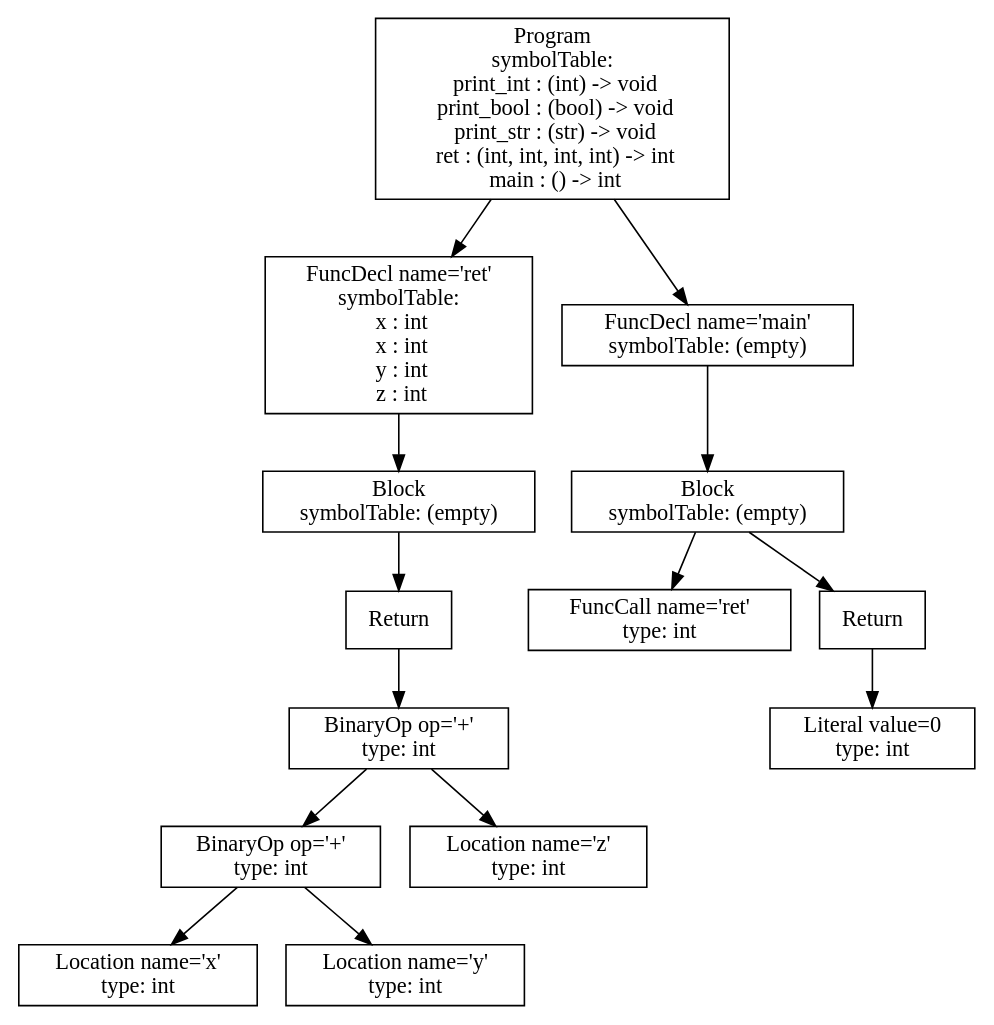
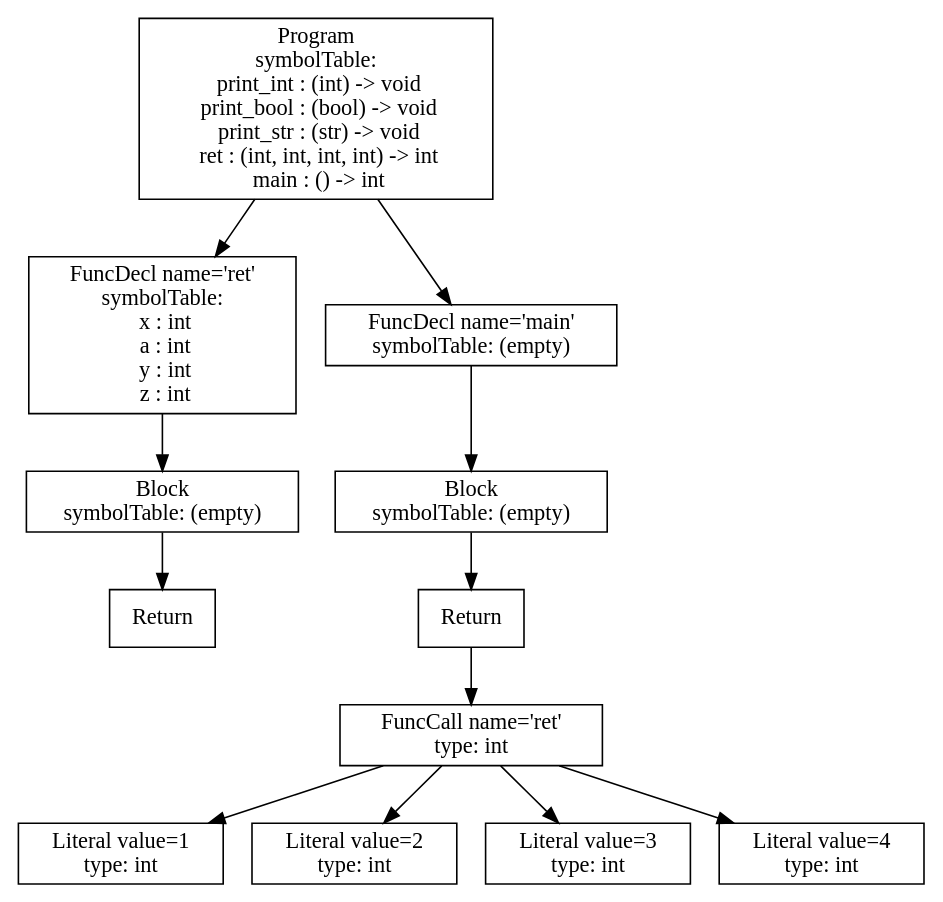
The diagram in p3-analysis/tree.dot (atrim11/CS432), drawn with Graphviz before and after one commit. The commit also changed 66 other files, not shown here.

```diff
--- a/p3-analysis/tree.dot
+++ b/p3-analysis/tree.dot
@@ -1,29 +1,25 @@
 digraph AST {
-6 [shape=box, label="Location name='x'\ntype: int"];
-7 [shape=box, label="Location name='y'\ntype: int"];
-5 [shape=box, label="BinaryOp op='+'\ntype: int"];
-5 -> 6;
-5 -> 7;
-8 [shape=box, label="Location name='z'\ntype: int"];
-4 [shape=box, label="BinaryOp op='+'\ntype: int"];
-4 -> 5;
-4 -> 8;
 3 [shape=box, label="Return"];
-3 -> 4;
 2 [shape=box, label="Block\nsymbolTable: (empty)"];
 2 -> 3;
-1 [shape=box, label="FuncDecl name='ret'\nsymbolTable: \n  x : int\n  x : int\n  y : int\n  z : int"];
+1 [shape=box, label="FuncDecl name='ret'\nsymbolTable: \n  x : int\n  a : int\n  y : int\n  z : int"];
 1 -> 2;
-11 [shape=box, label="FuncCall name='ret'\ntype: int"];
-13 [shape=box, label="Literal value=0\ntype: int"];
-12 [shape=box, label="Return"];
-12 -> 13;
-10 [shape=box, label="Block\nsymbolTable: (empty)"];
-10 -> 11;
-10 -> 12;
-9 [shape=box, label="FuncDecl name='main'\nsymbolTable: (empty)"];
-9 -> 10;
+8 [shape=box, label="Literal value=1\ntype: int"];
+9 [shape=box, label="Literal value=2\ntype: int"];
+10 [shape=box, label="Literal value=3\ntype: int"];
+11 [shape=box, label="Literal value=4\ntype: int"];
+7 [shape=box, label="FuncCall name='ret'\ntype: int"];
+7 -> 8;
+7 -> 9;
+7 -> 10;
+7 -> 11;
+6 [shape=box, label="Return"];
+6 -> 7;
+5 [shape=box, label="Block\nsymbolTable: (empty)"];
+5 -> 6;
+4 [shape=box, label="FuncDecl name='main'\nsymbolTable: (empty)"];
+4 -> 5;
 0 [shape=box, label="Program\nsymbolTable: \n  print_int : (int) -> void\n  print_bool : (bool) -> void\n  print_str : (str) -> void\n  ret : (int, int, int, int) -> int\n  main : () -> int"];
 0 -> 1;
-0 -> 9;
+0 -> 4;
 }
```
